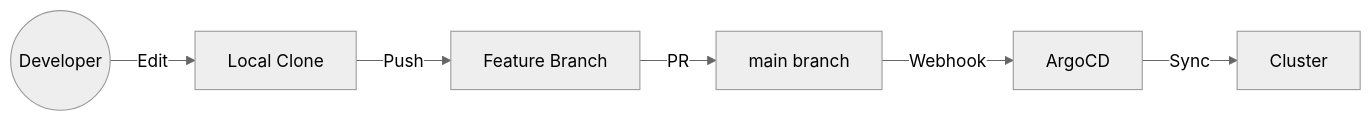
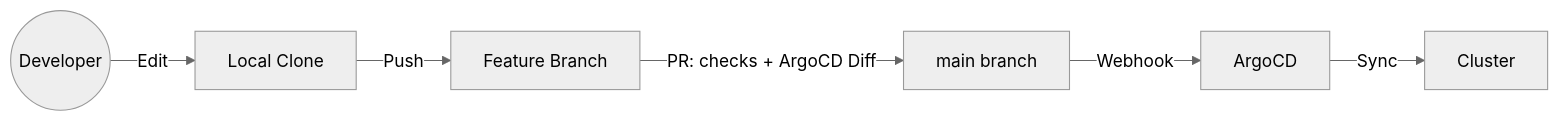
Before and after one commit to swibrow/home-ops: the diagram in docs/development/index.md, drawn with Mermaid (neutral theme). The commit also changed other lines of this file and 105 other files, not shown here.

````diff
--- a/docs/development/index.md
+++ b/docs/development/index.md
@@ -11,8 +11,8 @@
 ```mermaid
 flowchart LR
     Dev((Developer)) -->|Edit| Local[Local Clone]
     Local -->|Push| Branch[Feature Branch]
-    Branch -->|PR| Main[main branch]
+    Branch -->|PR: checks + ArgoCD Diff| Main[main branch]
     Main -->|Webhook| ArgoCD[ArgoCD]
     ArgoCD -->|Sync| Cluster[Cluster]
 ```
````
